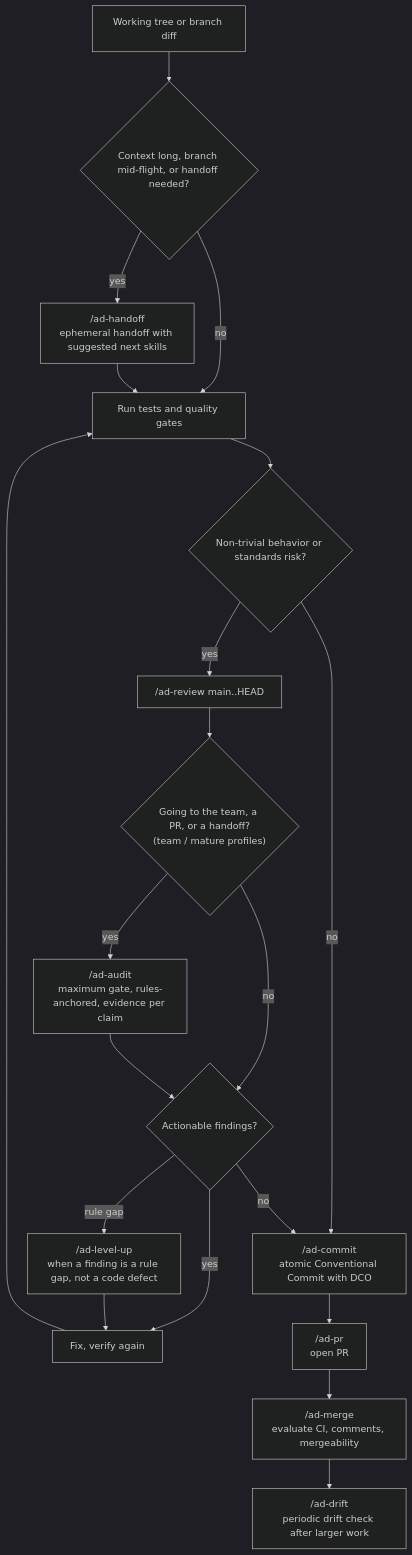
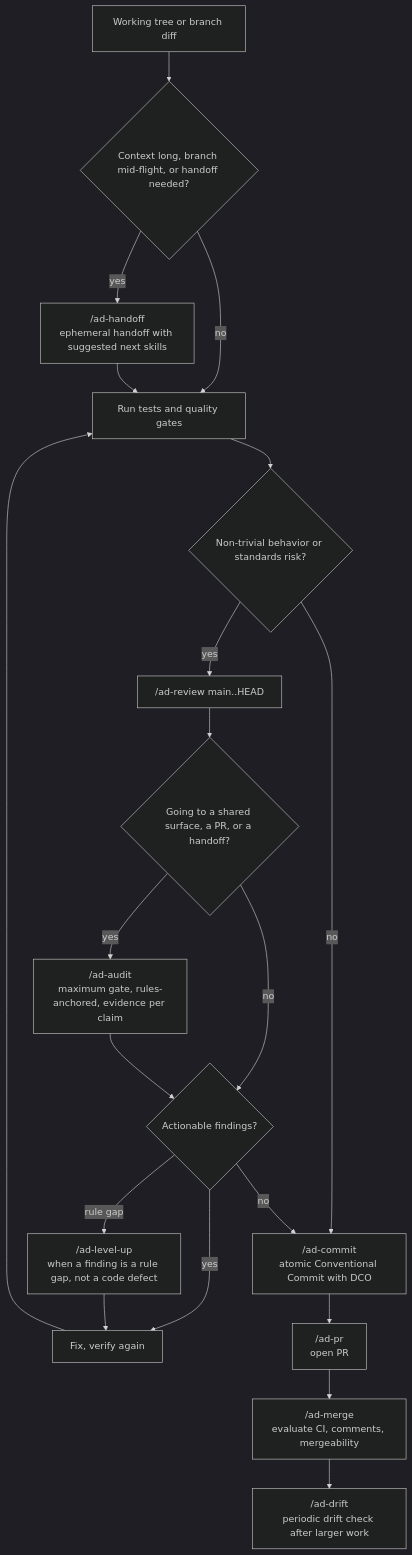
The ninth of 10 diagrams in WORKFLOW-FLOWS.md (alexandremendoncaalvaro/agentic-development), drawn with Mermaid (dark theme) before and after one commit. The commit also changed other lines of this file and 112 other files, not shown here.

````diff
--- a/WORKFLOW-FLOWS.md
+++ b/WORKFLOW-FLOWS.md
@@ -349,38 +345,38 @@
 ```mermaid
 flowchart TD
     Diff["Working tree or branch diff"]
     LongSession{"Context long, branch mid-flight, or handoff needed?"}
     Handoff["/ad-handoff<br>ephemeral handoff with suggested next skills"]
     Verify["Run tests and quality gates"]
     ReviewNeeded{"Non-trivial behavior or standards risk?"}
     Review["/ad-review main..HEAD"]
-    HighStakes{"Going to the team, a PR, or a handoff?<br>(team / mature profiles)"}
+    HighStakes{"Going to a shared surface, a PR, or a handoff?"}
     MaxGate["/ad-audit<br>maximum gate, rules-anchored, evidence per claim"]
     Findings{"Actionable findings?"}
     Fix["Fix, verify again"]
     RuleGap["/ad-level-up<br>when a finding is a rule gap, not a code defect"]
     Commit["/ad-commit<br>atomic Conventional Commit with DCO"]
     Pr["/ad-pr<br>open PR"]
     Merge["/ad-merge<br>evaluate CI, comments, mergeability"]
     Audit["/ad-drift<br>periodic drift check after larger work"]
 
     Diff --> LongSession
     LongSession -->|yes| Handoff
     LongSession -->|no| Verify
     Handoff --> Verify
     Verify --> ReviewNeeded
     ReviewNeeded -->|yes| Review
     ReviewNeeded -->|no| Commit
     Review --> HighStakes
     HighStakes -->|yes| MaxGate
     HighStakes -->|no| Findings
     MaxGate --> Findings
     Findings -->|yes| Fix
     Findings -->|rule gap| RuleGap
     RuleGap --> Fix
     Fix --> Verify
     Findings -->|no| Commit
     Commit --> Pr
     Pr --> Merge
     Merge --> Audit
 ```
````
